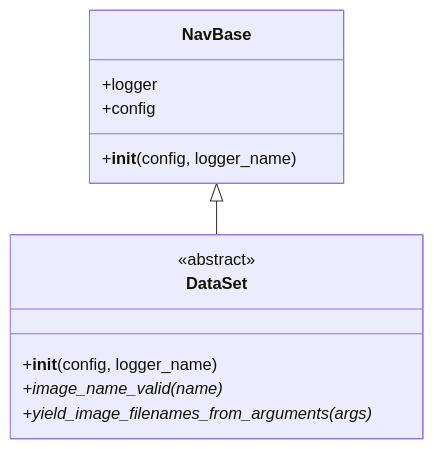
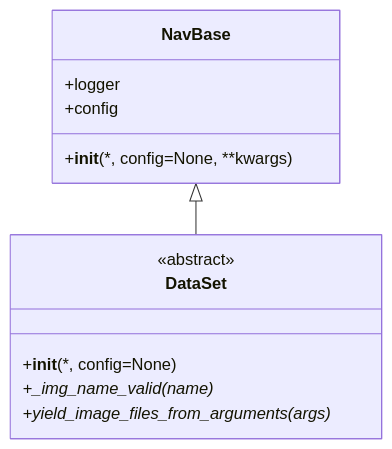
The diagram in docs/developer_guide_building_docs.rst (SETI/rms-nav), drawn with Mermaid before and after one commit. The commit also changed other lines of this file and 101 other files, not shown here.

```diff
--- a/docs/developer_guide_building_docs.rst
+++ b/docs/developer_guide_building_docs.rst
@@ -65,15 +69,15 @@
    .. mermaid::
 
       classDiagram
          class NavBase {
-             +__init__(config, logger_name)
+             +__init__(*, config=None, **kwargs)
              +logger
              +config
          }
          class DataSet {
              <<abstract>>
-             +__init__(config, logger_name)
-             +image_name_valid(name)*
-             +yield_image_filenames_from_arguments(args)*
+             +__init__(*, config=None)
+             +_img_name_valid(name)*
+             +yield_image_files_from_arguments(args)*
          }
          NavBase <|-- DataSet
```
